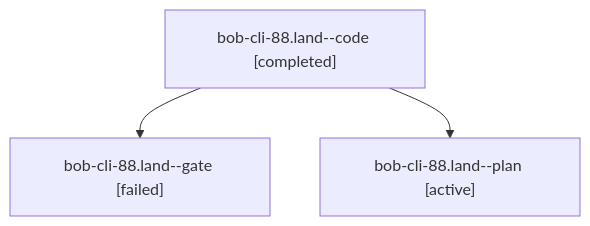
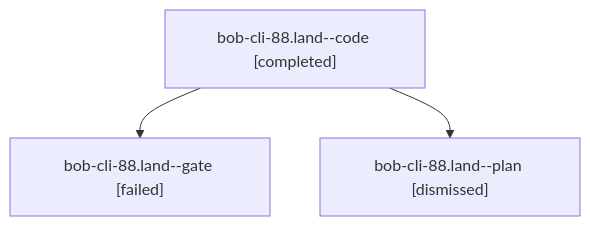
The diagram in sessions/bbugyi200.athena.bob-cli-88.land.md (bobs-org/bob-cli--agents), drawn with Mermaid before and after one commit. The commit also changed other lines of this file and 243 other files, not shown here.

````diff
--- a/sessions/bbugyi200.athena.bob-cli-88.land.md
+++ b/sessions/bbugyi200.athena.bob-cli-88.land.md
@@ -9,8 +9,8 @@
 ```mermaid
 flowchart TD
   n0["bob-cli-88.land--code [completed]"]
   n1["bob-cli-88.land--gate [failed]"]
   n0 --> n1
-  n2["bob-cli-88.land--plan [active]"]
+  n2["bob-cli-88.land--plan [dismissed]"]
   n0 --> n2
 ```
````
